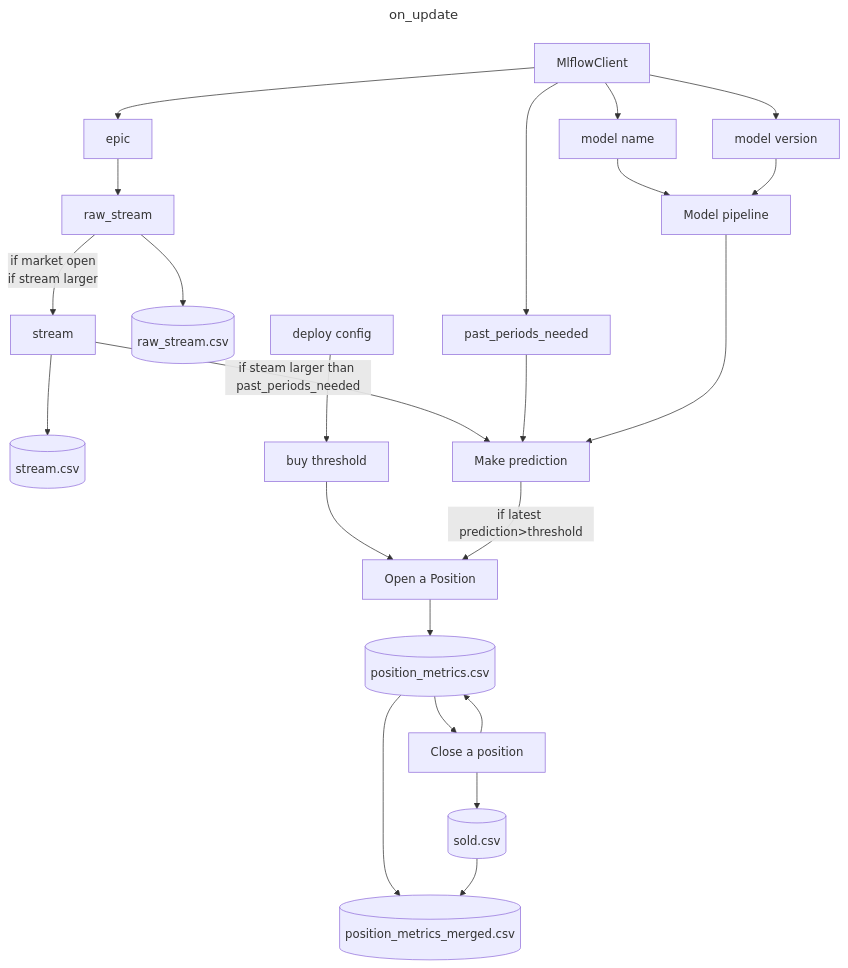
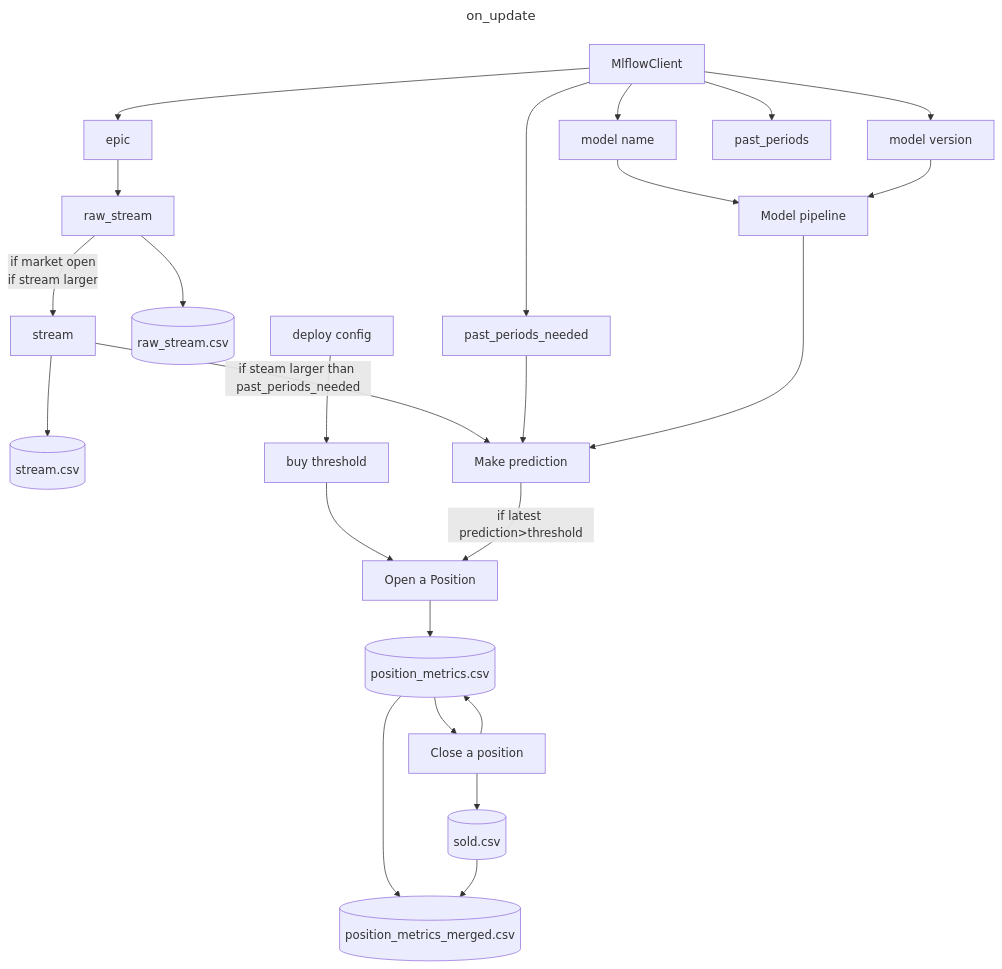
The first of 3 diagrams in README.md (citrez/autoIG), drawn with Mermaid before and after one commit. The commit also changed other lines of this file and 3 other files, not shown here.

````diff
--- a/README.md
+++ b/README.md
@@ -78,31 +81,32 @@
 ``` mermaid
 ---
 title: on_update
 ---
 flowchart TB
 s --> scsv[(stream.csv)]
 rs[raw_stream] --if market open\nif stream larger--> s[stream]
 mn[model name]-->mp
 rs --> rscsv[(raw_stream.csv)]
 s --if steam larger than past_periods_needed-->p
 e[epic]-->rs
 conf[deploy config]-->thr[buy threshold]
 thr-->op
 pm-->pmm[(position_metrics_merged.csv)]
 sold-->pmm
 
 mv[model version]-->mp
 mlf[MlflowClient] -->e
 mlf -->mn
+mlf-->pp[past_periods]
 mlf -->mv
 mlf -->ppn[past_periods_needed]
 ppn-->p
 
 
 mp[Model pipeline]-->p[Make prediction]
 p--if latest prediction>threshold-->op[Open a Position]
 op-->pm[(position_metrics.csv)]
 pm-->cp[Close a position]
 cp-->pm
 cp-->sold[(sold.csv)]
 ```
````
